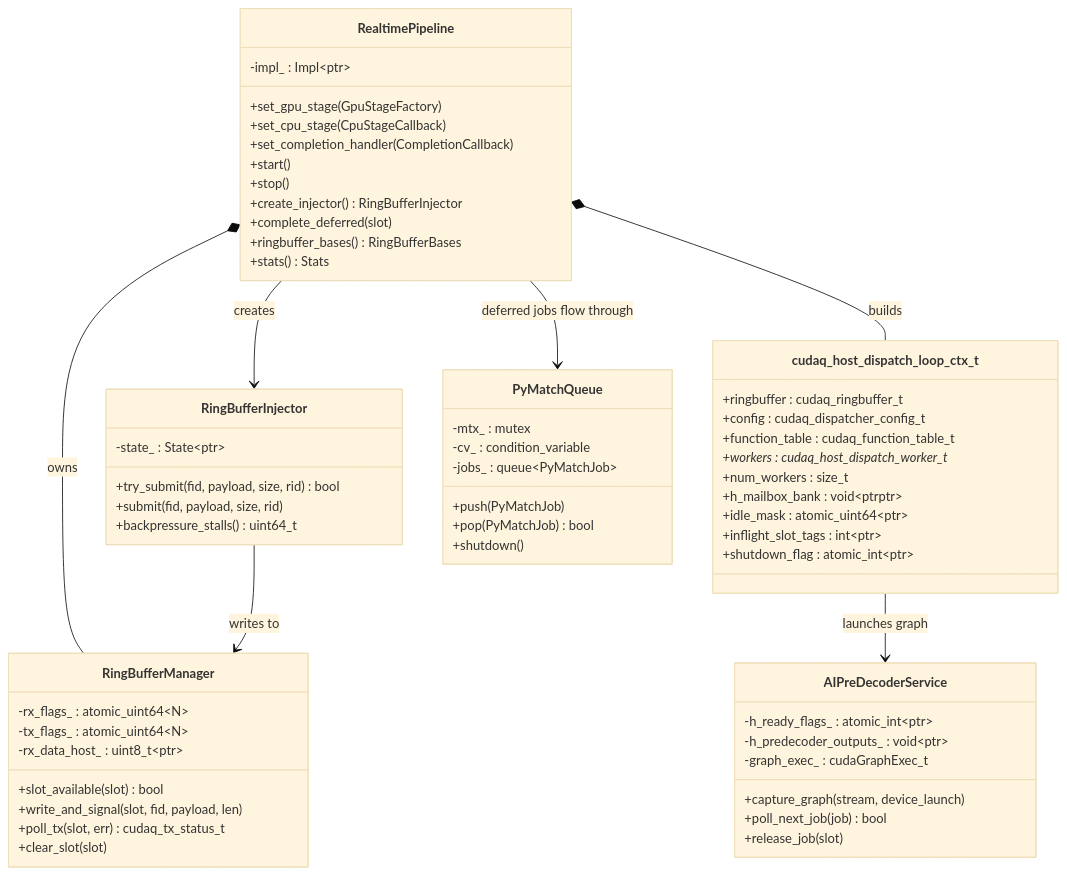
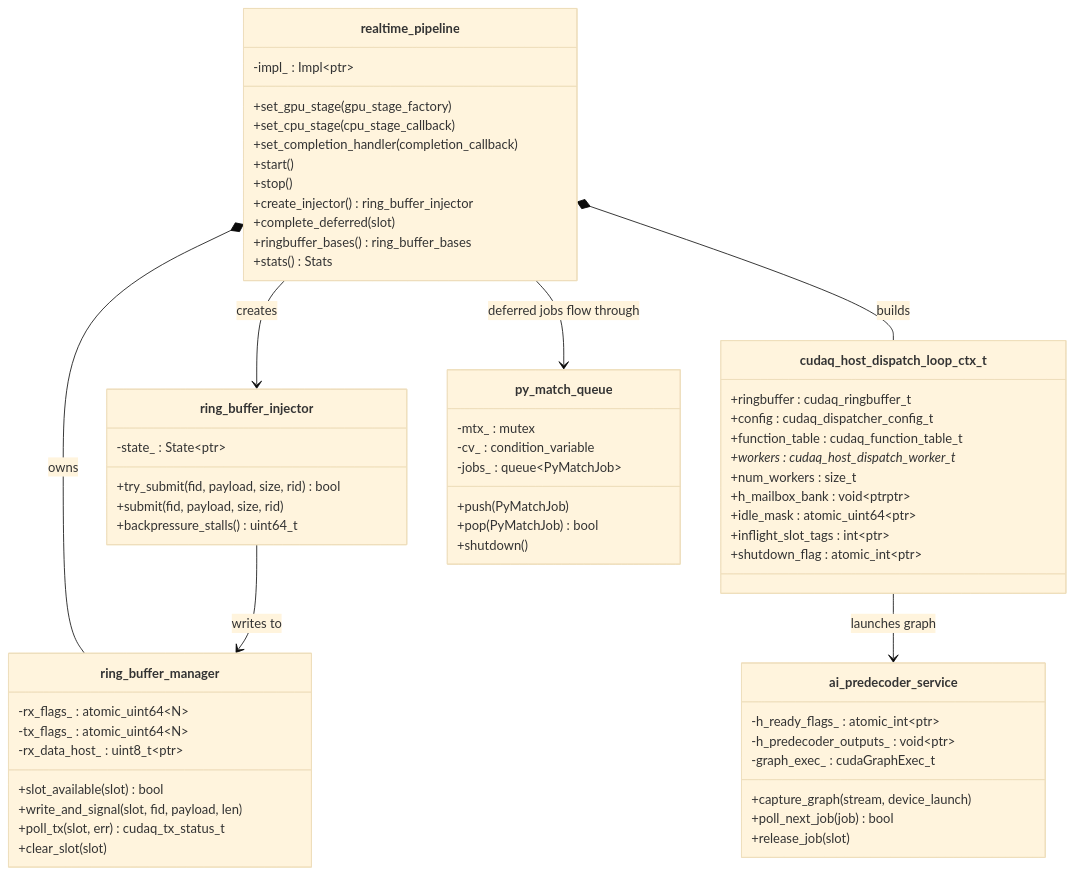
Before and after one commit to wsttiger/cudaqx: the first of 8 diagrams in libs/qec/lib/realtime/realtime_pipeline_architecture.md, drawn with Mermaid (base theme). The commit also changed other lines of this file and 1 other file, not shown here.

Commit message:
Updated docs to match the snake case and namespaces

````diff
--- a/libs/qec/lib/realtime/realtime_pipeline_architecture.md
+++ b/libs/qec/lib/realtime/realtime_pipeline_architecture.md
@@ -5,69 +5,69 @@
 ```mermaid
 classDiagram
-    class RealtimePipeline {
+    class realtime_pipeline {
         -impl_ : Impl~ptr~
-        +set_gpu_stage(GpuStageFactory)
-        +set_cpu_stage(CpuStageCallback)
-        +set_completion_handler(CompletionCallback)
+        +set_gpu_stage(gpu_stage_factory)
+        +set_cpu_stage(cpu_stage_callback)
+        +set_completion_handler(completion_callback)
         +start()
         +stop()
-        +create_injector() RingBufferInjector
+        +create_injector() ring_buffer_injector
         +complete_deferred(slot)
-        +ringbuffer_bases() RingBufferBases
+        +ringbuffer_bases() ring_buffer_bases
         +stats() Stats
     }
 
-    class RingBufferInjector {
+    class ring_buffer_injector {
         -state_ : State~ptr~
         +try_submit(fid, payload, size, rid) bool
         +submit(fid, payload, size, rid)
         +backpressure_stalls() uint64_t
     }
 
-    class RingBufferManager {
+    class ring_buffer_manager {
         -rx_flags_ : atomic_uint64~N~
         -tx_flags_ : atomic_uint64~N~
         -rx_data_host_ : uint8_t~ptr~
         +slot_available(slot) bool
         +write_and_signal(slot, fid, payload, len)
         +poll_tx(slot, err) cudaq_tx_status_t
         +clear_slot(slot)
     }
 
     class cudaq_host_dispatch_loop_ctx_t {
         +ringbuffer : cudaq_ringbuffer_t
         +config : cudaq_dispatcher_config_t
         +function_table : cudaq_function_table_t
         +workers : cudaq_host_dispatch_worker_t*
         +num_workers : size_t
         +h_mailbox_bank : void~ptrptr~
         +idle_mask : atomic_uint64~ptr~
         +inflight_slot_tags : int~ptr~
         +shutdown_flag : atomic_int~ptr~
     }
 
-    class AIPreDecoderService {
+    class ai_predecoder_service {
         -h_ready_flags_ : atomic_int~ptr~
         -h_predecoder_outputs_ : void~ptr~
         -graph_exec_ : cudaGraphExec_t
         +capture_graph(stream, device_launch)
         +poll_next_job(job) bool
         +release_job(slot)
     }
 
-    class PyMatchQueue {
+    class py_match_queue {
         -mtx_ : mutex
         -cv_ : condition_variable
         -jobs_ : queue~PyMatchJob~
         +push(PyMatchJob)
         +pop(PyMatchJob) bool
         +shutdown()
     }
 
-    RealtimePipeline *-- RingBufferManager : owns
-    RealtimePipeline *-- cudaq_host_dispatch_loop_ctx_t : builds
-    RealtimePipeline --> RingBufferInjector : creates
-    RingBufferInjector --> RingBufferManager : writes to
-    cudaq_host_dispatch_loop_ctx_t --> AIPreDecoderService : launches graph
-    RealtimePipeline --> PyMatchQueue : deferred jobs flow through
+    realtime_pipeline *-- ring_buffer_manager : owns
+    realtime_pipeline *-- cudaq_host_dispatch_loop_ctx_t : builds
+    realtime_pipeline --> ring_buffer_injector : creates
+    ring_buffer_injector --> ring_buffer_manager : writes to
+    cudaq_host_dispatch_loop_ctx_t --> ai_predecoder_service : launches graph
+    realtime_pipeline --> py_match_queue : deferred jobs flow through
 ```
````
